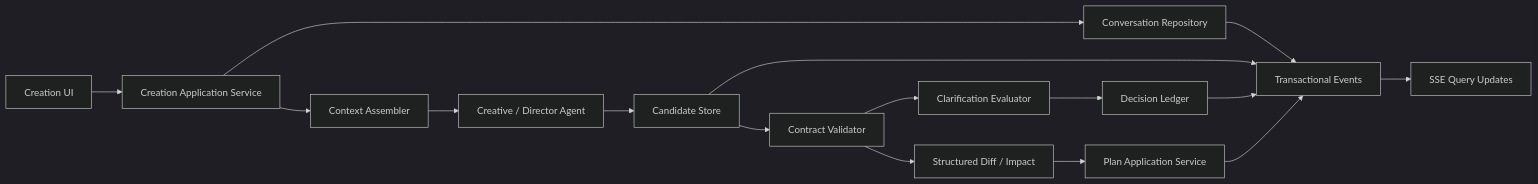
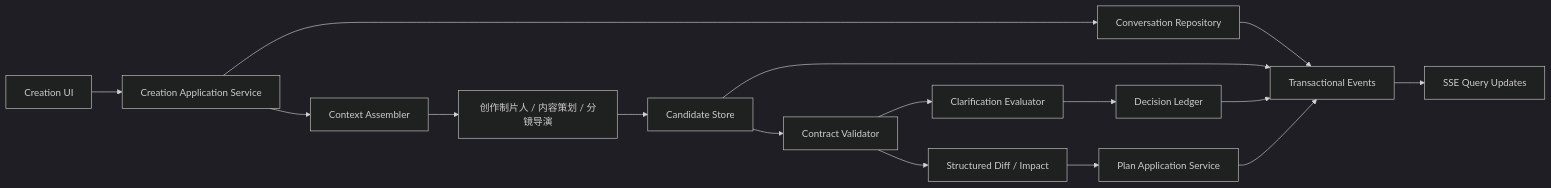
The first of 3 diagrams in docs/V2_CREATION_CENTER_DESIGN.md (2587122824/agency-agents-zh), drawn with Mermaid (dark theme) before and after one commit. The commit also changed other lines of this file and 5 other files, not shown here.

````diff
--- a/docs/V2_CREATION_CENTER_DESIGN.md
+++ b/docs/V2_CREATION_CENTER_DESIGN.md
@@ -52,18 +52,18 @@
 ```mermaid
 flowchart LR
     UI["Creation UI"] --> CMD["Creation Application Service"]
     CMD --> MSG["Conversation Repository"]
     CMD --> CTX["Context Assembler"]
-    CTX --> AGENT["Creative / Director Agent"]
+    CTX --> AGENT["创作制片人 / 内容策划 / 分镜导演"]
     AGENT --> CAND["Candidate Store"]
     CAND --> VALID["Contract Validator"]
     VALID --> CLARIFY["Clarification Evaluator"]
     VALID --> DIFF["Structured Diff / Impact"]
     CLARIFY --> DECISION["Decision Ledger"]
     DIFF --> PLAN["Plan Application Service"]
     MSG --> EVENT["Transactional Events"]
     CAND --> EVENT
     DECISION --> EVENT
     PLAN --> EVENT
     EVENT --> SSE["SSE Query Updates"]
 ```
````
